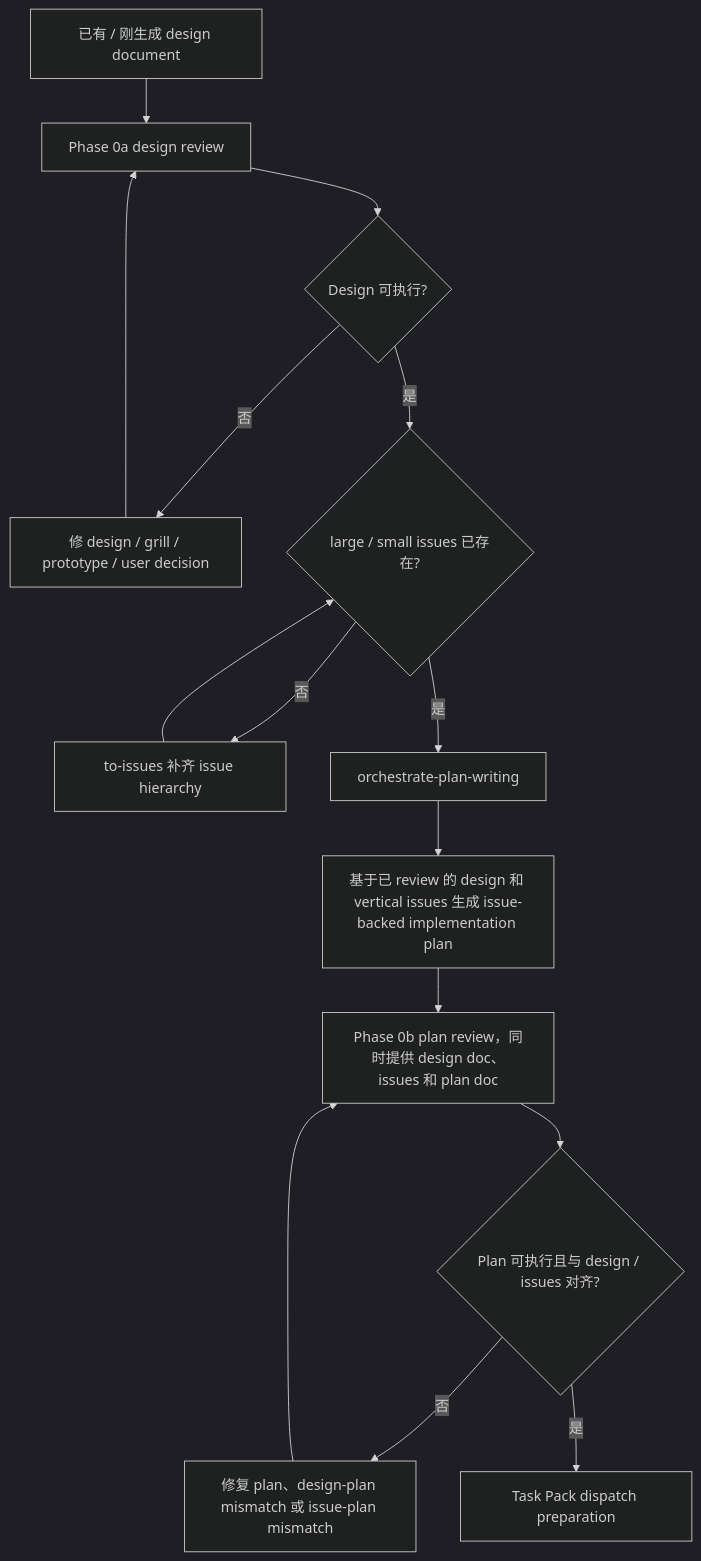
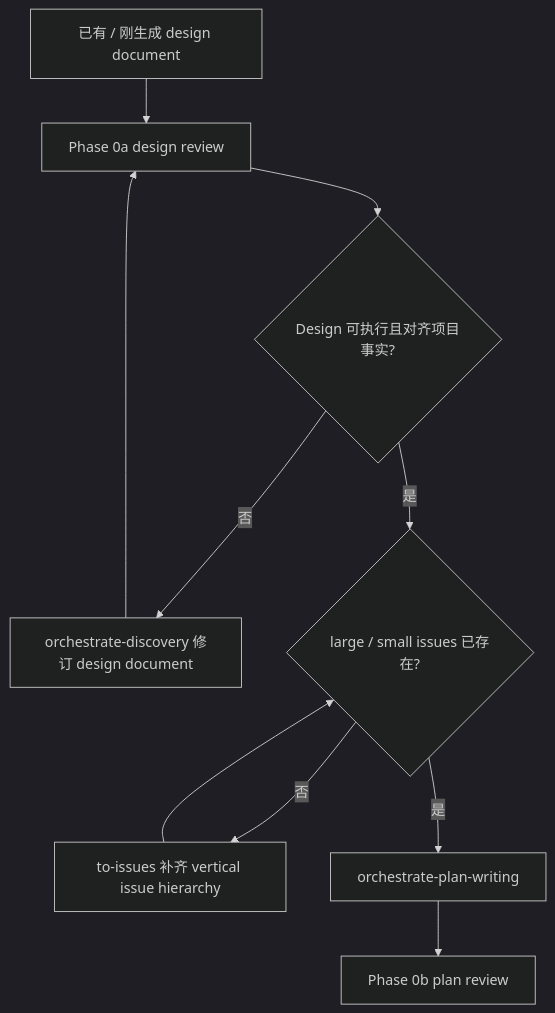
Before and after one commit to chancheuklap/multi-model-workflow: the diagram in .agents/skills/orchestrate-workflow/references/design-review.md, drawn with Mermaid (dark theme). The commit also changed other lines of this file and 26 other files, not shown here.

Commit message:
Add orchestrate discovery workflow

````diff
--- a/.agents/skills/orchestrate-workflow/references/design-review.md
+++ b/.agents/skills/orchestrate-workflow/references/design-review.md
@@ -7,17 +7,12 @@
 ```mermaid
 flowchart TD
     A["已有 / 刚生成 design document"] --> B["Phase 0a design review"]
-    B --> C{"Design 可执行?"}
-    C -->|否| D["修 design / grill / prototype / user decision"]
+    B --> C{"Design 可执行且对齐项目事实?"}
+    C -->|否| D["orchestrate-discovery 修订 design document"]
     D --> B
     C -->|是| E{"large / small issues 已存在?"}
-    E -->|否| F["to-issues 补齐 issue hierarchy"]
+    E -->|否| F["to-issues 补齐 vertical issue hierarchy"]
     F --> E
     E -->|是| G["orchestrate-plan-writing"]
-    G --> H["基于已 review 的 design 和 vertical issues 生成 issue-backed implementation plan"]
-    H --> I["Phase 0b plan review，同时提供 design doc、issues 和 plan doc"]
-    I --> J{"Plan 可执行且与 design / issues 对齐?"}
-    J -->|否| K["修复 plan、design-plan mismatch 或 issue-plan mismatch"]
-    K --> I
-    J -->|是| L["Task Pack dispatch preparation"]
+    G --> H["Phase 0b plan review"]
 ```
````
